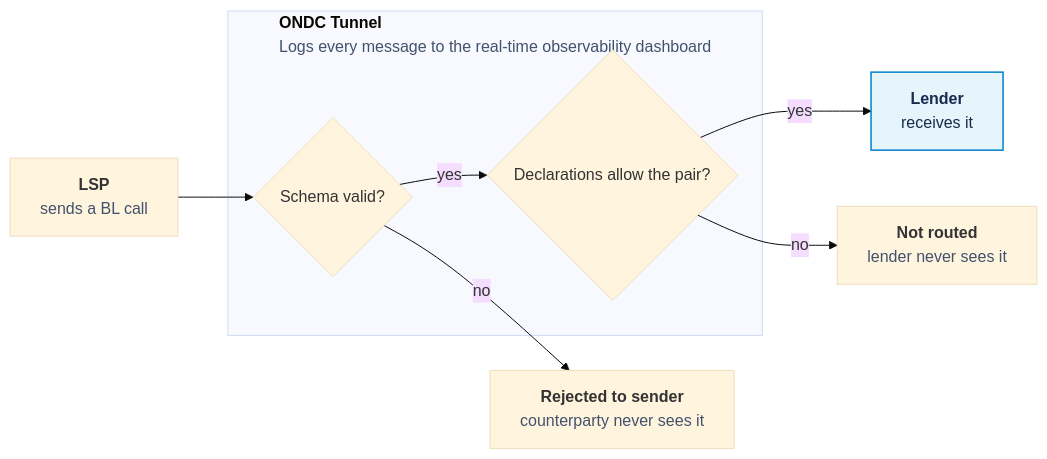
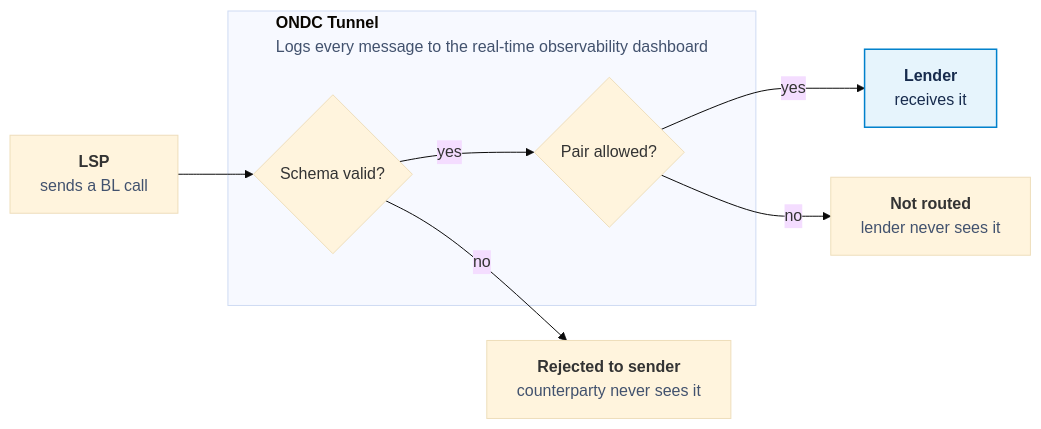
Before and after one commit to JyotiSharma0711/automation-specifications: the diagram in config/docs/overview.md, drawn with Mermaid (base theme).

Commit message:
docs: shorten the pair-declarations diamond label for uniform sizing
'Declarations allow the pair?' made its diamond render roughly 65%
bigger than the neighboring 'Schema valid?' diamond (205px vs 124px),
since mermaid sizes a diamond from the text it needs to inscribe and
has no working override for this (tested flowchart's shape-data
width/height hints directly — confirmed ignored for diamond shapes
in the installed mermaid version). Shortening to 'Pair allowed?'
brings both diamonds to nearly identical size (124px vs 117px),
matching the intended diagram design.

````diff
--- a/config/docs/overview.md
+++ b/config/docs/overview.md
@@ -33,15 +33,15 @@
 ```mermaid
 flowchart LR
     LSP["<b>LSP</b><br/><span style='font-weight:400;color:#42526e'>sends a BL call</span>"] --> Schema{Schema valid?}
     subgraph Tunnel["<b>ONDC Tunnel</b><br/><span style='font-weight:400;color:#42526e'>Logs every message to the real-time observability dashboard</span>"]
         Schema
-        Decl{Declarations allow the pair?}
+        Decl{Pair allowed?}
     end
     Schema -- yes --> Decl
     Schema -- no --> Rejected["<b>Rejected to sender</b><br/><span style='font-weight:400;color:#42526e'>counterparty never sees it</span>"]
     Decl -- yes --> Lender["<b>Lender</b><br/><span style='font-weight:400'>receives it</span>"]
     Decl -- no --> NotRouted["<b>Not routed</b><br/><span style='font-weight:400;color:#42526e'>lender never sees it</span>"]
 
     classDef success fill:#e6f4fc,stroke:#0081cc,stroke-width:1.5px,color:#172b4d
     class Lender success
 ```
````
